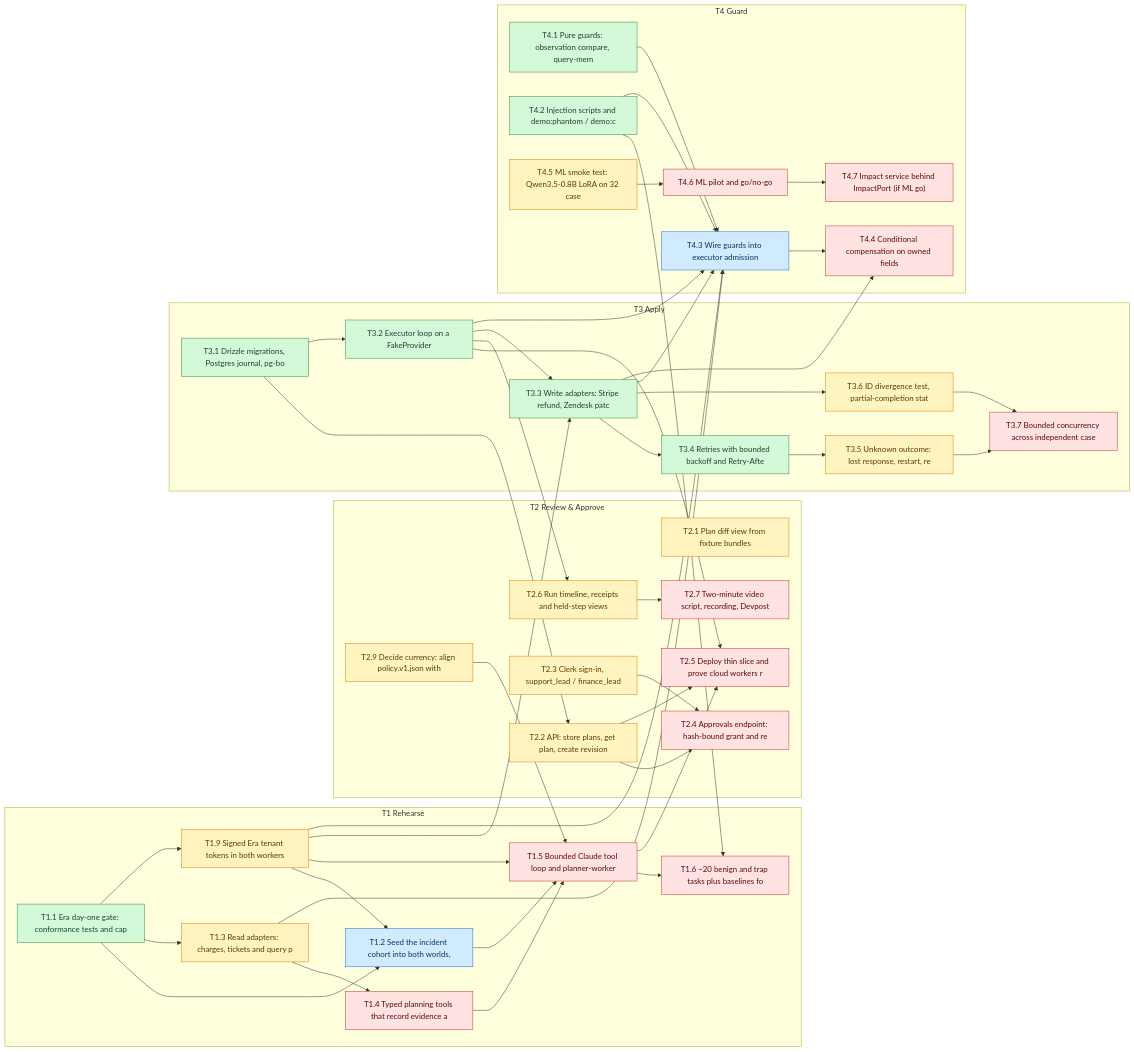
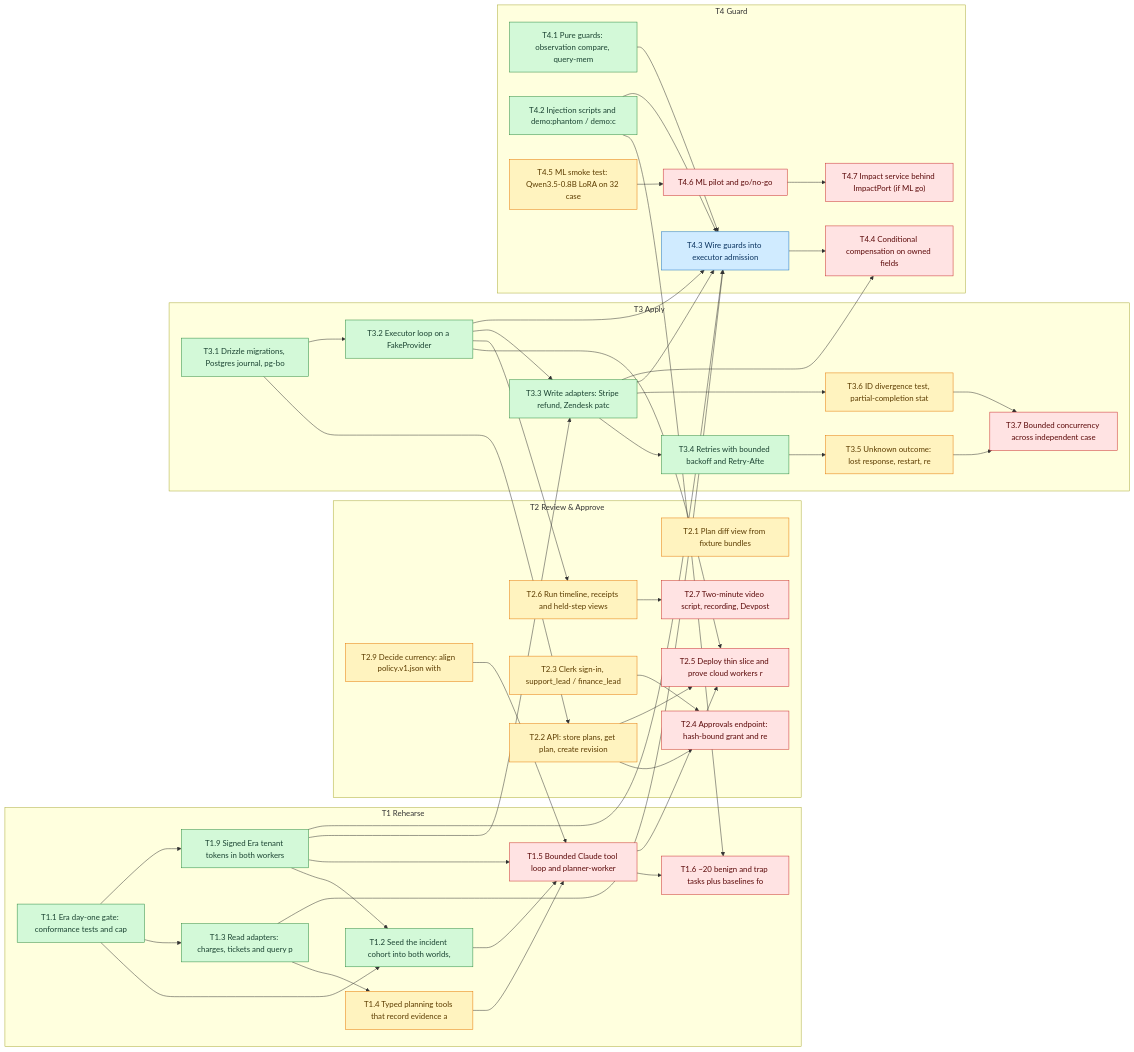
One commit to SoroushRF/Rehearsal changed the diagram in BLOCKERS.md. Above: the diagram before and after it, drawn with Mermaid. The commit also changed other lines of this file, not shown here.

````diff
--- a/BLOCKERS.md
+++ b/BLOCKERS.md
@@ -84,82 +84,82 @@
 ```mermaid
 flowchart LR
   classDef done fill:#d3f9d8,stroke:#2b8a3e,color:#1b4332
   classDef review fill:#d0ebff,stroke:#1971c2,color:#0b3460
   classDef progress fill:#e5dbff,stroke:#5f3dc4,color:#2b1a66
   classDef ready fill:#fff3bf,stroke:#e67700,color:#5c3c00
   classDef blocked fill:#ffe3e3,stroke:#c92a2a,color:#5c0a0a
   subgraph T1[T1 Rehearse]
     T1_1["T1.1 Era day-one gate: conformance tests and cap"]:::done
-    T1_2["T1.2 Seed the incident cohort into both worlds, "]:::review
-    T1_3["T1.3 Read adapters: charges, tickets and query p"]:::ready
-    T1_4["T1.4 Typed planning tools that record evidence a"]:::blocked
+    T1_2["T1.2 Seed the incident cohort into both worlds, "]:::done
+    T1_3["T1.3 Read adapters: charges, tickets and query p"]:::done
+    T1_4["T1.4 Typed planning tools that record evidence a"]:::ready
     T1_5["T1.5 Bounded Claude tool loop and planner-worker"]:::blocked
     T1_6["T1.6 ~20 benign and trap tasks plus baselines fo"]:::blocked
-    T1_9["T1.9 Signed Era tenant tokens in both workers"]:::ready
+    T1_9["T1.9 Signed Era tenant tokens in both workers"]:::done
   end
   subgraph T2[T2 Review & Approve]
     T2_1["T2.1 Plan diff view from fixture bundles"]:::ready
     T2_2["T2.2 API: store plans, get plan, create revision"]:::ready
     T2_3["T2.3 Clerk sign-in, support_lead / finance_lead "]:::ready
     T2_4["T2.4 Approvals endpoint: hash-bound grant and re"]:::blocked
     T2_5["T2.5 Deploy thin slice and prove cloud workers r"]:::blocked
     T2_6["T2.6 Run timeline, receipts and held-step views "]:::ready
     T2_7["T2.7 Two-minute video script, recording, Devpost"]:::blocked
     T2_9["T2.9 Decide currency: align policy.v1.json with "]:::ready
   end
   subgraph T3[T3 Apply]
     T3_1["T3.1 Drizzle migrations, Postgres journal, pg-bo"]:::done
     T3_2["T3.2 Executor loop on a FakeProvider"]:::done
     T3_3["T3.3 Write adapters: Stripe refund, Zendesk patc"]:::done
     T3_4["T3.4 Retries with bounded backoff and Retry-Afte"]:::done
     T3_5["T3.5 Unknown outcome: lost response, restart, re"]:::ready
     T3_6["T3.6 ID divergence test, partial-completion stat"]:::ready
     T3_7["T3.7 Bounded concurrency across independent case"]:::blocked
   end
   subgraph T4[T4 Guard]
     T4_1["T4.1 Pure guards: observation compare, query-mem"]:::done
     T4_2["T4.2 Injection scripts and demo:phantom / demo:c"]:::done
     T4_3["T4.3 Wire guards into executor admission"]:::review
     T4_4["T4.4 Conditional compensation on owned fields"]:::blocked
     T4_5["T4.5 ML smoke test: Qwen3.5-0.8B LoRA on 32 case"]:::ready
     T4_6["T4.6 ML pilot and go/no-go"]:::blocked
     T4_7["T4.7 Impact service behind ImpactPort (if ML go)"]:::blocked
   end
   T1_1 --> T1_2
   T1_9 --> T1_2
   T1_1 --> T1_3
   T1_3 --> T1_4
   T1_2 --> T1_5
   T1_4 --> T1_5
   T1_9 --> T1_5
   T2_9 --> T1_5
   T1_5 --> T1_6
   T4_2 --> T1_6
   T1_1 --> T1_9
   T3_1 --> T2_2
   T2_2 --> T2_4
   T2_3 --> T2_4
   T2_2 --> T2_5
   T1_5 --> T2_5
   T3_2 --> T2_5
   T3_2 --> T2_6
   T2_6 --> T2_7
   T3_1 --> T3_2
   T3_2 --> T3_3
   T1_9 --> T3_3
   T3_3 --> T3_4
   T3_4 --> T3_5
   T3_3 --> T3_6
   T3_5 --> T3_7
   T3_6 --> T3_7
   T4_1 --> T4_3
   T4_2 --> T4_3
   T3_2 --> T4_3
   T1_3 --> T4_3
   T3_3 --> T4_3
   T1_9 --> T4_3
   T4_3 --> T4_4
   T3_3 --> T4_4
   T4_5 --> T4_6
   T4_6 --> T4_7
 ```
````
